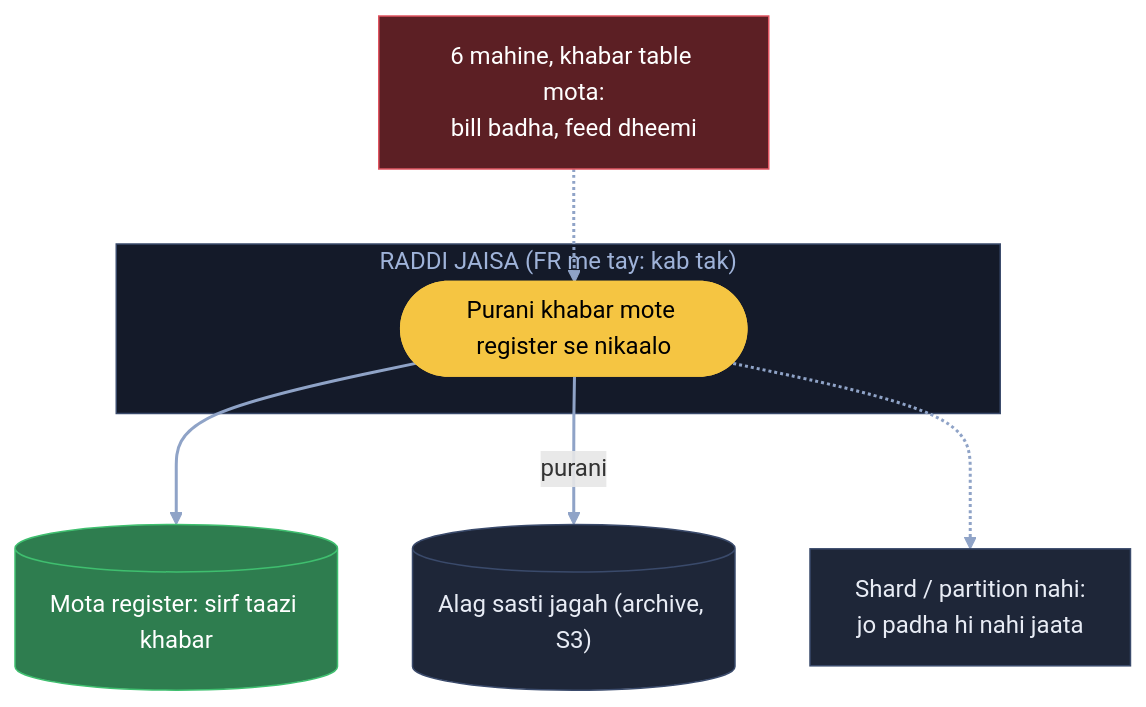
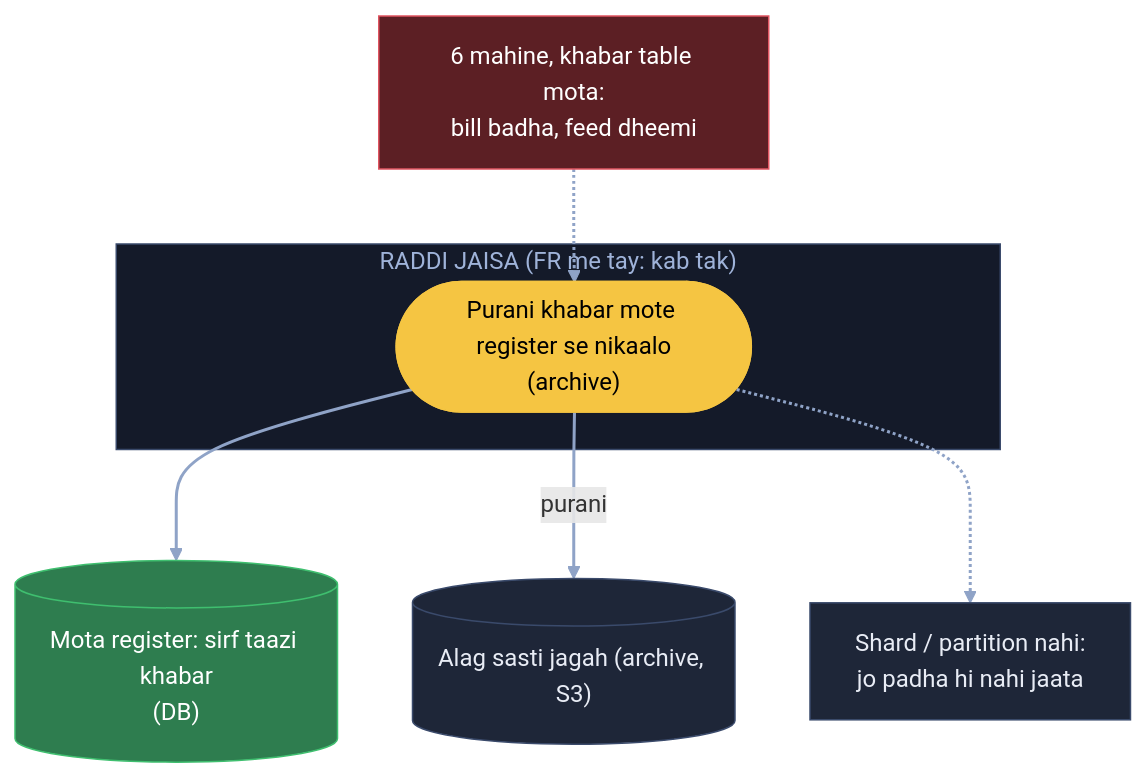
Diagram 12 of 14 in 04_HLD/SYSTEM_DESIGNS/08_news_aggregator/08_news_aggregator.md (ArpanMaheshwari144/Prep), drawn with Mermaid before and after one commit. The commit also changed other lines of this file and 20 other files, not shown here.

Commit message:
HLD main files: diagram me kahani shabd + bracket me asli naam (21 design, 182 label)

````diff
--- a/04_HLD/SYSTEM_DESIGNS/08_news_aggregator/08_news_aggregator.md
+++ b/04_HLD/SYSTEM_DESIGNS/08_news_aggregator/08_news_aggregator.md
@@ -424,20 +424,20 @@
 ```mermaid
 flowchart TB
     X["6 mahine, khabar table mota:<br/>bill badha, feed dheemi"]:::bad
     subgraph RD["RADDI JAISA (FR me tay: kab tak)"]
-        K(["Purani khabar mote register se nikaalo"]):::pill
+        K(["Purani khabar mote register se nikaalo<br/>(archive)"]):::pill
     end
-    D[("Mota register: sirf taazi khabar")]:::good
+    D[("Mota register: sirf taazi khabar<br/>(DB)")]:::good
     A[("Alag sasti jagah (archive, S3)")]:::card
     N["Shard / partition nahi:<br/>jo padha hi nahi jaata"]:::card
     X -.-> K
     K --> D
     K -- "purani" --> A
     K -.-> N
     linkStyle default stroke:#8fa3c7,stroke-width:2px
     classDef card fill:#1e2638,stroke:#3a4a6b,color:#e8ecf5
     classDef pill fill:#f5c542,stroke:#f5c542,color:#000
     classDef good fill:#2e7d4f,stroke:#3fbf6f,color:#fff
     classDef bad fill:#5c1f24,stroke:#e05561,color:#fff
     style RD fill:#141a29,stroke:#3a4a6b,color:#9fb3d9
 ```
````
